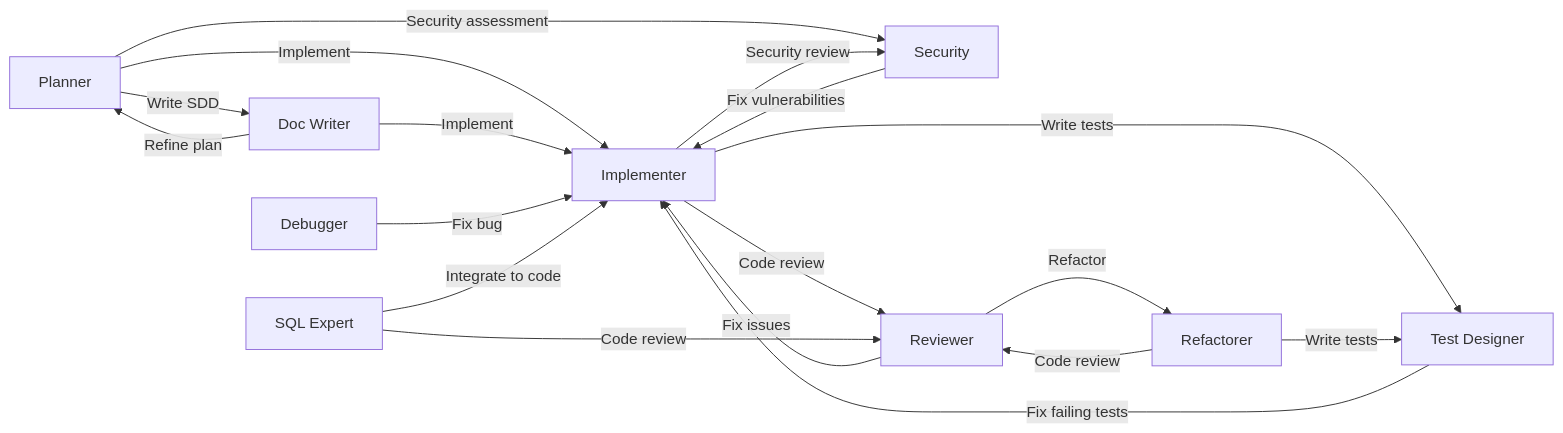
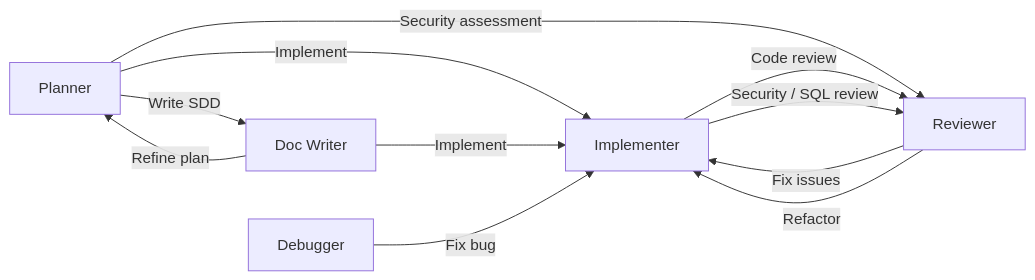
One commit to zexion7873/copilot-setting changed the diagram in README.md. Above: the diagram before and after it, drawn with Mermaid. The commit also changed other lines of this file and 10 other files, not shown here.

````diff
--- a/README.md
+++ b/README.md
@@ -130,28 +122,17 @@
 ```mermaid
 flowchart LR
     Planner -->|"Write SDD"| DocWriter[Doc Writer]
     Planner -->|"Implement"| Implementer
-    Planner -->|"Security assessment"| Security
+    Planner -->|"Security assessment"| Reviewer
 
     DocWriter -->|"Implement"| Implementer
     DocWriter -->|"Refine plan"| Planner
 
     Implementer -->|"Code review"| Reviewer
-    Implementer -->|"Write tests"| TestDesigner[Test Designer]
-    Implementer -->|"Security review"| Security
+    Implementer -->|"Security / SQL review"| Reviewer
 
     Reviewer -->|"Fix issues"| Implementer
-    Reviewer -->|"Refactor"| Refactorer
-
-    TestDesigner -->|"Fix failing tests"| Implementer
-
-    Refactorer -->|"Code review"| Reviewer
-    Refactorer -->|"Write tests"| TestDesigner
+    Reviewer -->|"Refactor"| Implementer
 
     Debugger -->|"Fix bug"| Implementer
-
-    SQLExpert[SQL Expert] -->|"Code review"| Reviewer
-    SQLExpert -->|"Integrate to code"| Implementer
-
-    Security -->|"Fix vulnerabilities"| Implementer
 ```
````
